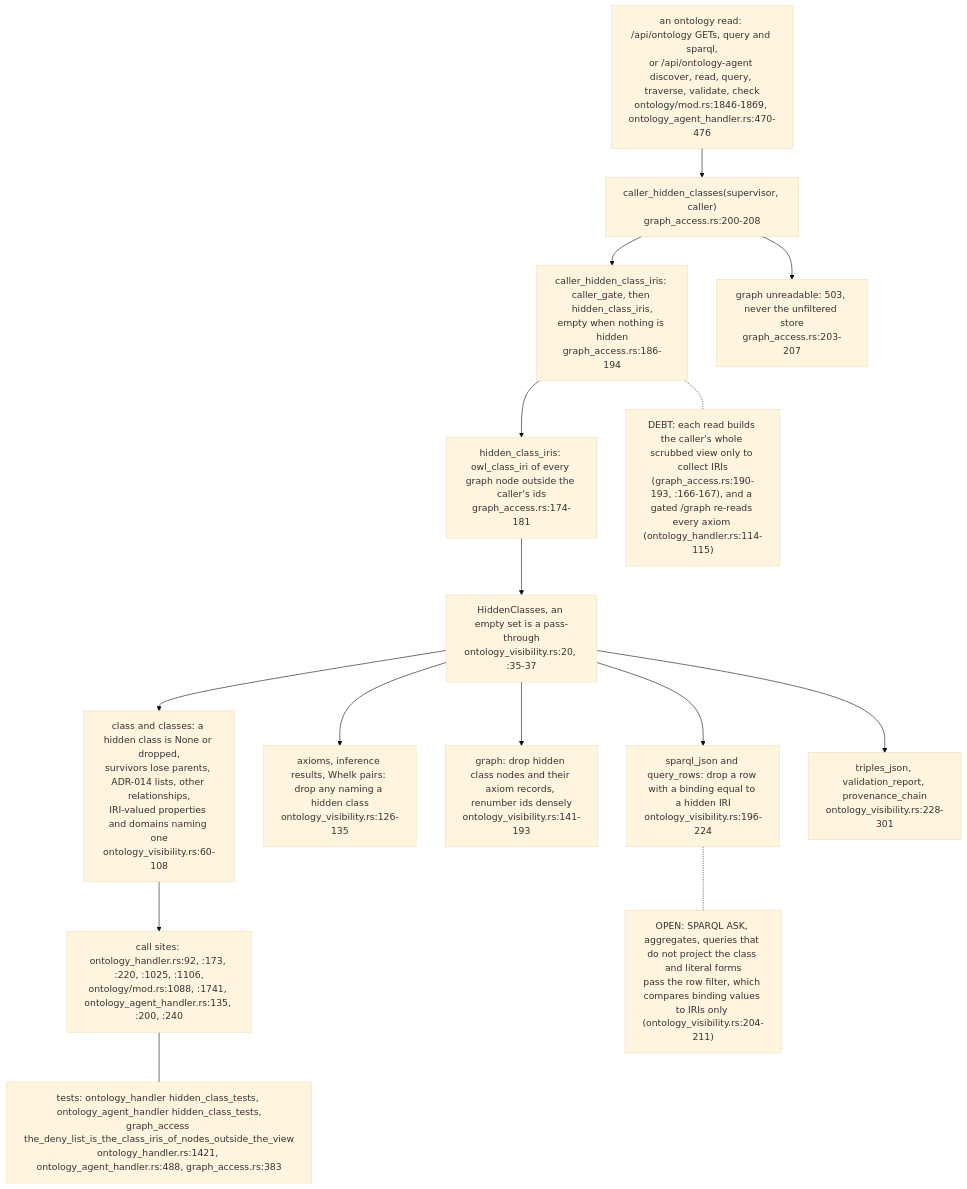
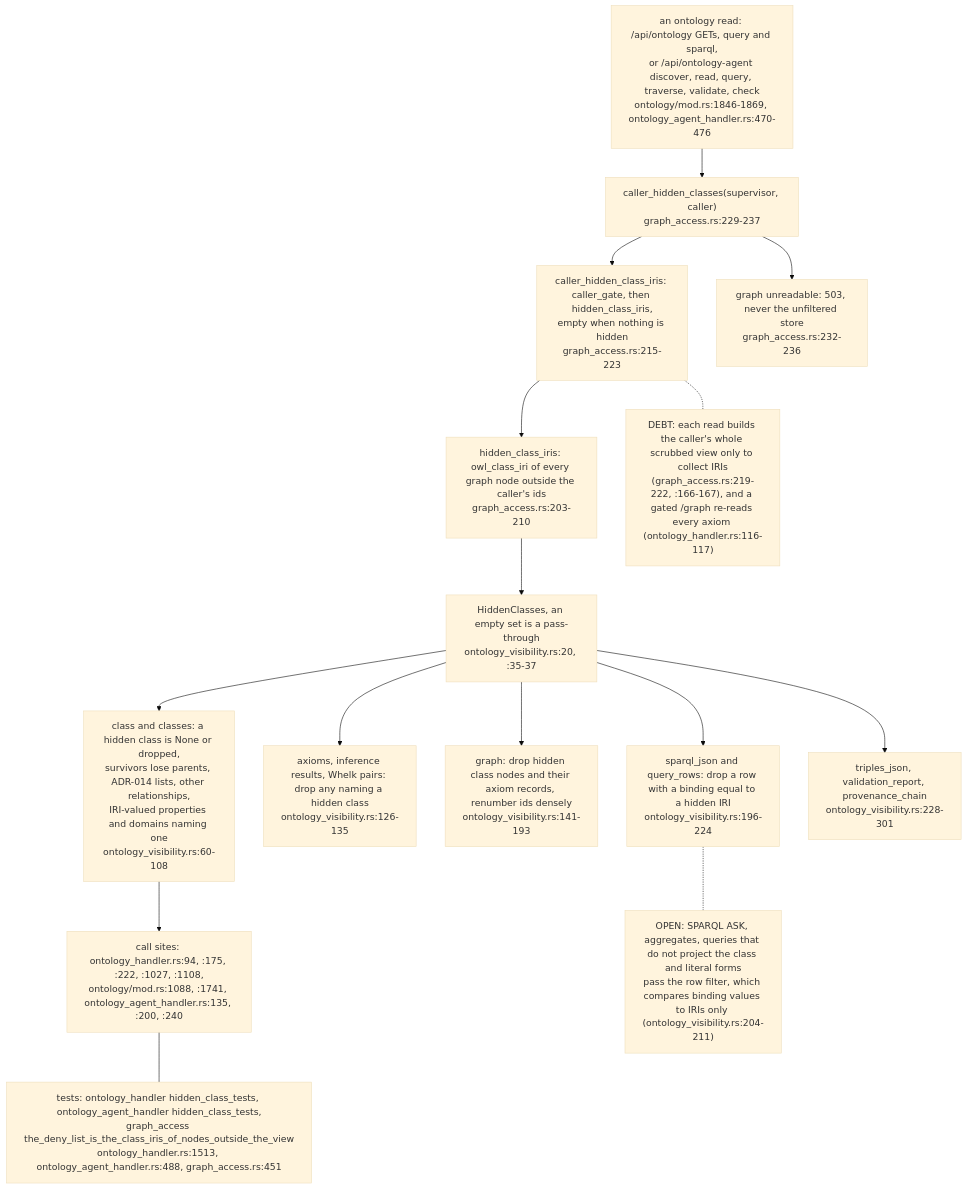
The seventh of 7 diagrams in docs/diagrams/visionclaw/19-visibility-gate-and-metadata-scrub.md (DreamLab-AI/VisionFlow), drawn with Mermaid (base theme) before and after one commit. The commit also changed other lines of this file and 7 other files, not shown here.

````diff
--- a/docs/diagrams/visionclaw/19-visibility-gate-and-metadata-scrub.md
+++ b/docs/diagrams/visionclaw/19-visibility-gate-and-metadata-scrub.md
@@ -285,20 +291,20 @@
 ```mermaid
 flowchart TB
     REQ["an ontology read: /api/ontology GETs, query and sparql,<br/>or /api/ontology-agent discover, read, query, traverse, validate, check<br/>ontology/mod.rs:1846-1869, ontology_agent_handler.rs:470-476"] --> CHC
-    CHC["caller_hidden_classes(supervisor, caller)<br/>graph_access.rs:200-208"] --> CHI["caller_hidden_class_iris: caller_gate, then hidden_class_iris,<br/>empty when nothing is hidden<br/>graph_access.rs:186-194"]
-    CHI --> HCI["hidden_class_iris: owl_class_iri of every graph node outside the caller's ids<br/>graph_access.rs:174-181"]
-    CHC --> F503["graph unreadable: 503, never the unfiltered store<br/>graph_access.rs:203-207"]
+    CHC["caller_hidden_classes(supervisor, caller)<br/>graph_access.rs:229-237"] --> CHI["caller_hidden_class_iris: caller_gate, then hidden_class_iris,<br/>empty when nothing is hidden<br/>graph_access.rs:215-223"]
+    CHI --> HCI["hidden_class_iris: owl_class_iri of every graph node outside the caller's ids<br/>graph_access.rs:203-210"]
+    CHC --> F503["graph unreadable: 503, never the unfiltered store<br/>graph_access.rs:232-236"]
     HCI --> HC["HiddenClasses, an empty set is a pass-through<br/>ontology_visibility.rs:20, :35-37"]
     HC --> SC["class and classes: a hidden class is None or dropped,<br/>survivors lose parents, ADR-014 lists, other relationships,<br/>IRI-valued properties and domains naming one<br/>ontology_visibility.rs:60-108"]
     HC --> AX["axioms, inference results, Whelk pairs: drop any naming a hidden class<br/>ontology_visibility.rs:126-135"]
     HC --> GR["graph: drop hidden class nodes and their axiom records, renumber ids densely<br/>ontology_visibility.rs:141-193"]
     HC --> SP["sparql_json and query_rows: drop a row with a binding equal to a hidden IRI<br/>ontology_visibility.rs:196-224"]
     HC --> TR["triples_json, validation_report, provenance_chain<br/>ontology_visibility.rs:228-301"]
-    SC --> USE["call sites: ontology_handler.rs:92, :173, :220, :1025, :1106,<br/>ontology/mod.rs:1088, :1741, ontology_agent_handler.rs:135, :200, :240"]
-    T["tests: ontology_handler hidden_class_tests, ontology_agent_handler hidden_class_tests,<br/>graph_access the_deny_list_is_the_class_iris_of_nodes_outside_the_view<br/>ontology_handler.rs:1421, ontology_agent_handler.rs:488, graph_access.rs:383"]
+    SC --> USE["call sites: ontology_handler.rs:94, :175, :222, :1027, :1108,<br/>ontology/mod.rs:1088, :1741, ontology_agent_handler.rs:135, :200, :240"]
+    T["tests: ontology_handler hidden_class_tests, ontology_agent_handler hidden_class_tests,<br/>graph_access the_deny_list_is_the_class_iris_of_nodes_outside_the_view<br/>ontology_handler.rs:1513, ontology_agent_handler.rs:488, graph_access.rs:451"]
     USE --- T
     RES["OPEN: SPARQL ASK, aggregates, queries that do not project the class and literal forms<br/>pass the row filter, which compares binding values to IRIs only (ontology_visibility.rs:204-211)"]
     SP -.- RES
-    COST["DEBT: each read builds the caller's whole scrubbed view only to collect IRIs<br/>(graph_access.rs:190-193, :166-167), and a gated /graph re-reads every axiom (ontology_handler.rs:114-115)"]
+    COST["DEBT: each read builds the caller's whole scrubbed view only to collect IRIs<br/>(graph_access.rs:219-222, :166-167), and a gated /graph re-reads every axiom (ontology_handler.rs:116-117)"]
     CHI -.- COST
 ```
````
